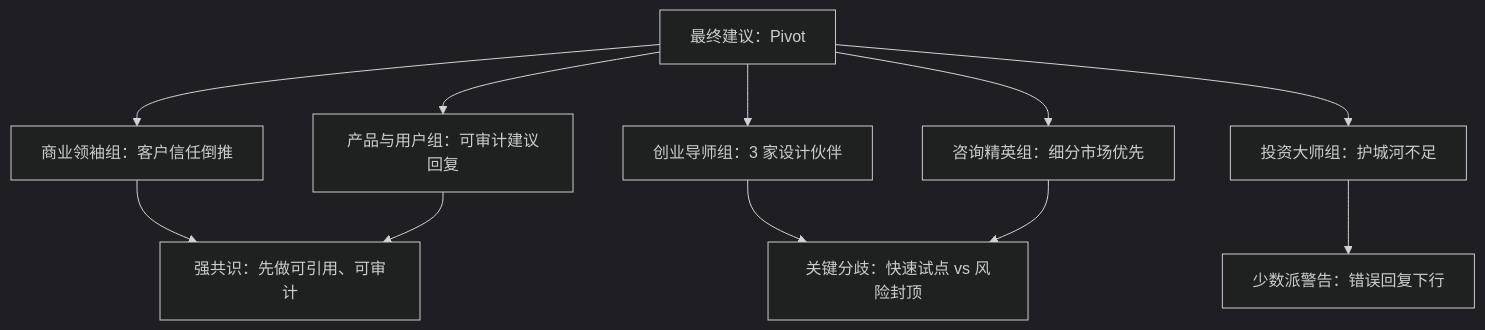
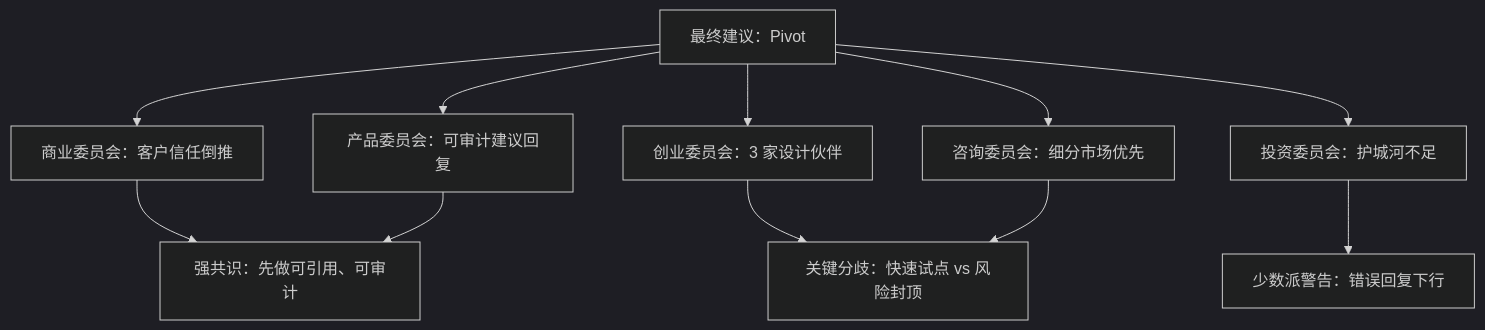
Before and after one commit to hehaivictor/superboard: the second of 3 diagrams in examples/output-deep-business-board-memo.md, drawn with Mermaid (dark theme). The commit also changed other lines of this file and 38 other files, not shown here.

````diff
--- a/examples/output-deep-business-board-memo.md
+++ b/examples/output-deep-business-board-memo.md
@@ -98,13 +98,13 @@
 ```mermaid
 flowchart TD
-  A["最终建议：Pivot"] --> B["商业领袖组：客户信任倒推"]
-  A --> C["创业导师组：3 家设计伙伴"]
-  A --> D["投资大师组：护城河不足"]
-  A --> E["咨询精英组：细分市场优先"]
-  A --> F["产品与用户组：可审计建议回复"]
+  A["最终建议：Pivot"] --> B["商业委员会：客户信任倒推"]
+  A --> C["创业委员会：3 家设计伙伴"]
+  A --> D["投资委员会：护城河不足"]
+  A --> E["咨询委员会：细分市场优先"]
+  A --> F["产品委员会：可审计建议回复"]
   B --> G["强共识：先做可引用、可审计"]
   F --> G
   D --> H["少数派警告：错误回复下行"]
   C --> I["关键分歧：快速试点 vs 风险封顶"]
   E --> I
 ```
````
